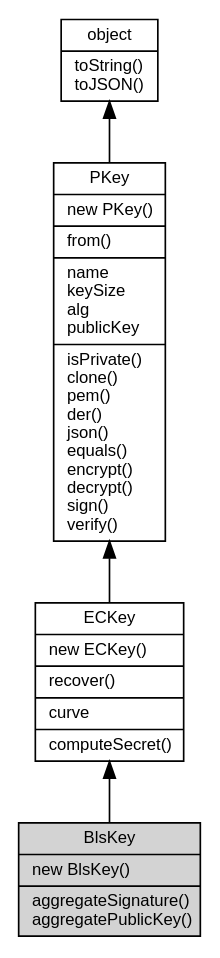
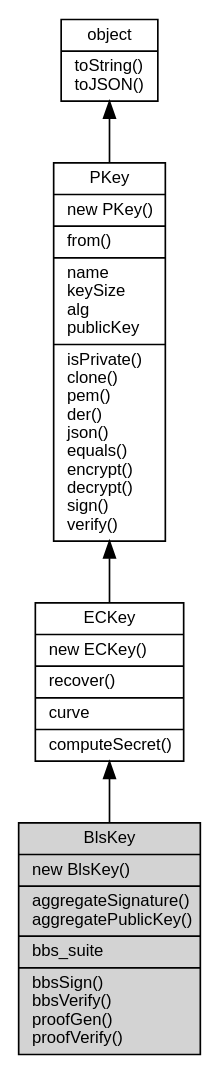
Before and after one commit to fibjs/fibjs.org: the diagram in docs/manual/object/ifs/BlsKey.md, drawn with Graphviz. The commit also changed other lines of this file and 41 other files, not shown here.

````diff
--- a/docs/manual/object/ifs/BlsKey.md
+++ b/docs/manual/object/ifs/BlsKey.md
@@ -37,14 +37,14 @@
 ```dot
 digraph {
     node [fontname="Helvetica,sans-Serif", fontsize=10, shape="record", style="filled", fillcolor="white"];
 
     object [tooltip="object", URL="object.md", label="{object|toString()\ltoJSON()\l}"];
     PKey [tooltip="PKey", URL="PKey.md", label="{PKey|new PKey()\l|from()\l|name\lkeySize\lalg\lpublicKey\l|isPrivate()\lclone()\lpem()\lder()\ljson()\lequals()\lencrypt()\ldecrypt()\lsign()\lverify()\l}"];
     ECKey [tooltip="ECKey", URL="ECKey.md", label="{ECKey|new ECKey()\l|recover()\l|curve\l|computeSecret()\l}"];
-    BlsKey [tooltip="BlsKey", fillcolor="lightgray", id="me", label="{BlsKey|new BlsKey()\l|aggregateSignature()\laggregatePublicKey()\l}"];
+    BlsKey [tooltip="BlsKey", fillcolor="lightgray", id="me", label="{BlsKey|new BlsKey()\l|aggregateSignature()\laggregatePublicKey()\l|bbs_suite\l|bbsSign()\lbbsVerify()\lproofGen()\lproofVerify()\l}"];
 
     object -> PKey [dir=back];
     PKey -> ECKey [dir=back];
     ECKey -> BlsKey [dir=back];
 }
 ```
````
